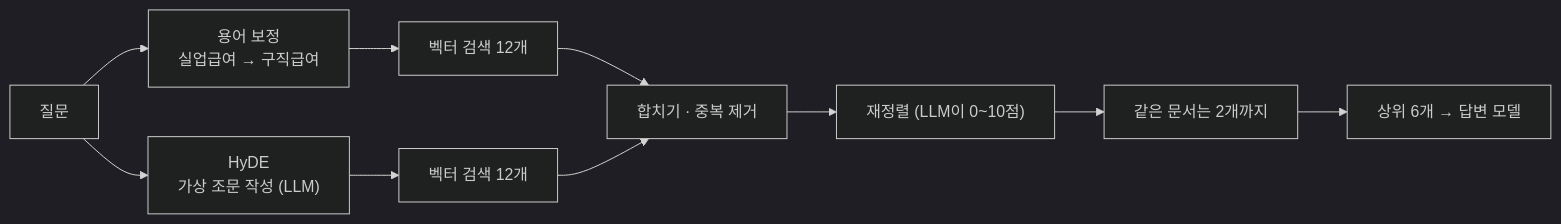
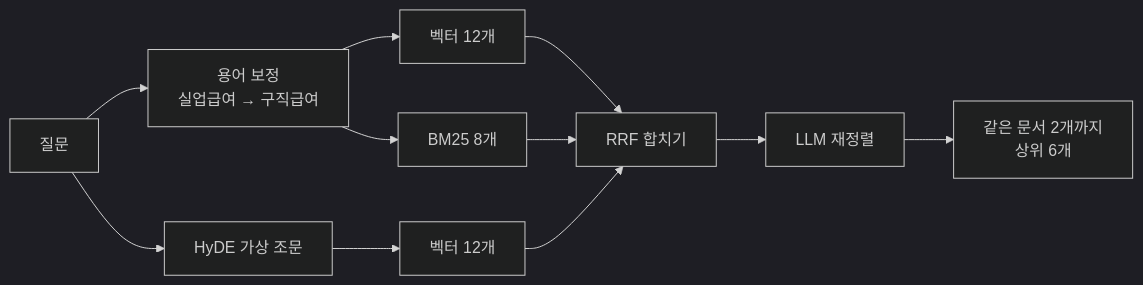
One commit to snail5039-code/jeonyeok_helper changed the second of 2 diagrams in README.md. Above: the diagram before and after it, drawn with Mermaid (dark theme). The commit also changed other lines of this file and 34 other files, not shown here.

````diff
--- a/README.md
+++ b/README.md
@@ -96,12 +71,9 @@
 ```mermaid
 flowchart LR
     Q["질문"] --> X["용어 보정<br/>실업급여 → 구직급여"]
-    Q --> H["HyDE<br/>가상 조문 작성 (LLM)"]
-    X --> S1["벡터 검색 12개"]
-    H --> S2["벡터 검색 12개"]
-    S1 --> U["합치기 · 중복 제거"]
-    S2 --> U
-    U --> R["재정렬 (LLM이 0~10점)"]
-    R --> D["같은 문서는 2개까지"]
-    D --> K["상위 6개 → 답변 모델"]
+    Q --> H["HyDE 가상 조문"]
+    X --> S1["벡터 12개"]
+    X --> S3["BM25 8개"]
+    H --> S2["벡터 12개"]
+    S1 & S2 & S3 --> U["RRF 합치기"] --> R["LLM 재정렬"] --> K["같은 문서 2개까지<br/>상위 6개"]
 ```
````
